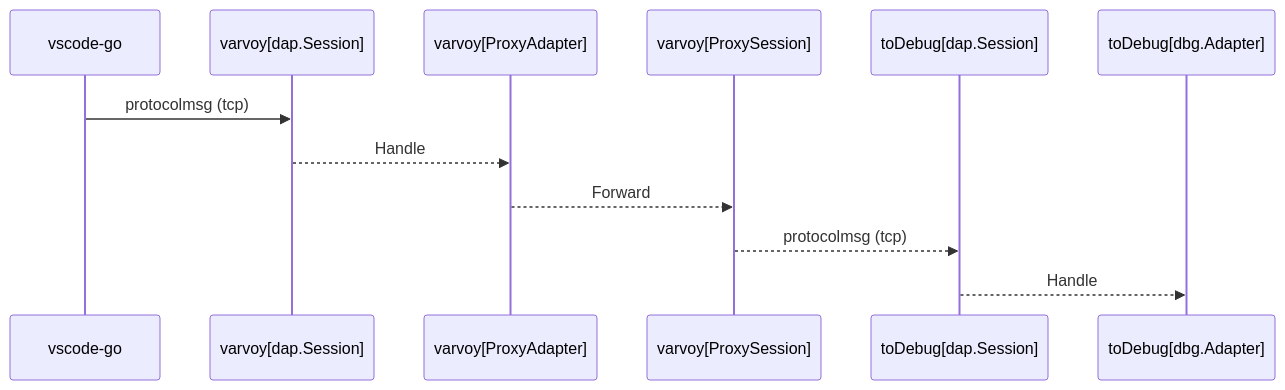
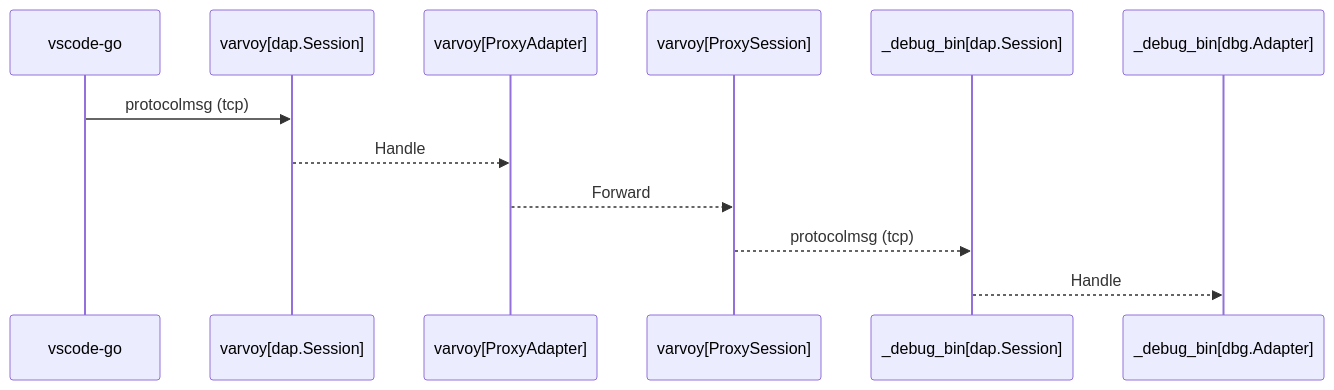
The diagram in doc/DESIGN.md (emicklei/varvoy), drawn with Mermaid before and after one commit. The commit also changed 4 other files, not shown here.

````diff
--- a/doc/DESIGN.md
+++ b/doc/DESIGN.md
@@ -4,8 +4,8 @@
 ```mermaid
 sequenceDiagram
     vscode-go ->> varvoy[dap.Session]: protocolmsg (tcp)
     varvoy[dap.Session]-->>varvoy[ProxyAdapter]: Handle
     varvoy[ProxyAdapter]-->>varvoy[ProxySession]: Forward
-    varvoy[ProxySession]-->>toDebug[dap.Session]: protocolmsg (tcp)
-    toDebug[dap.Session]-->>toDebug[dbg.Adapter]: Handle
+    varvoy[ProxySession]-->>_debug_bin[dap.Session]: protocolmsg (tcp)
+    _debug_bin[dap.Session]-->>_debug_bin[dbg.Adapter]: Handle
 ```
````
